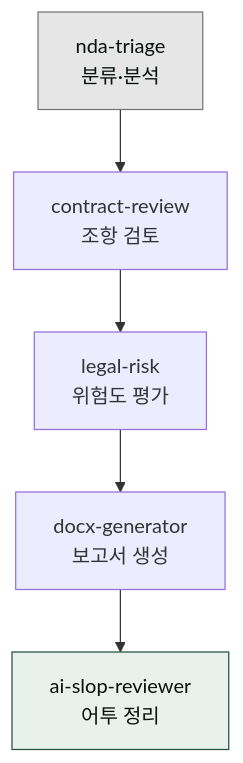
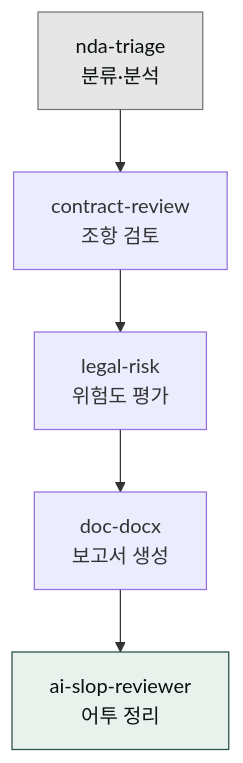
Before and after one commit to modu-ai/cowork-plugins: the first of 4 diagrams in www/content/cookbook/legal-nda-batch.md, drawn with Mermaid. The commit also changed other lines of this file and 45 other files, not shown here.

First line of the commit message:
docs(www): 스킬명 정합 + 깨진 링크 수정 + mermaid 보강

````diff
--- a/www/content/cookbook/legal-nda-batch.md
+++ b/www/content/cookbook/legal-nda-batch.md
@@ -12,10 +12,10 @@
 ```mermaid
 flowchart TD
    A["nda-triage<br/>분류·분석"] --> B["contract-review<br/>조항 검토"]
    B --> C["legal-risk<br/>위험도 평가"]
-   C --> D["docx-generator<br/>보고서 생성"]
+   C --> D["doc-docx<br/>보고서 생성"]
    D --> E["ai-slop-reviewer<br/>어투 정리"]
 
    style A fill:#e6e6e6,stroke:#757575,color:#09110f
    style E fill:#e8f1ec,stroke:#265240,color:#09110f
 ```
````
